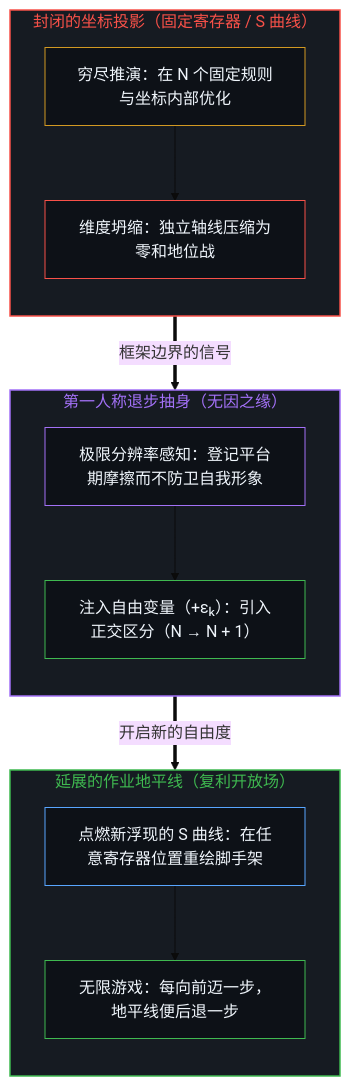
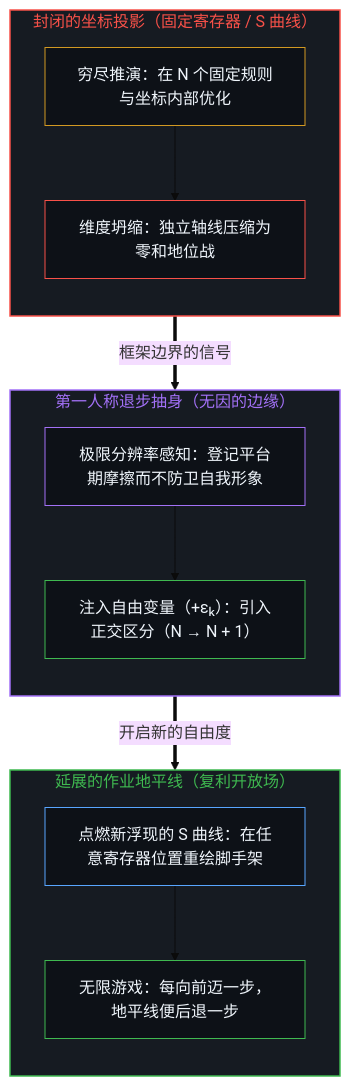
One commit to powerpig99/not-a-toe changed the first of 2 diagrams in content/posts/the-extendable-horizon.md. Above: the diagram before and after it, drawn with Mermaid (base theme). The commit also changed other lines of this file and 13 other files, not shown here.

````diff
--- a/content/posts/the-extendable-horizon.md
+++ b/content/posts/the-extendable-horizon.md
@@ -93,32 +93,32 @@
 ```mermaid
 flowchart TD
     subgraph S_Closed["封闭的坐标投影（固定寄存器 / S 曲线）"]
         direction TB
         Deduct["穷尽推演：在 N 个固定规则与坐标内部优化"]
         Collapse["维度坍缩：独立轴线压缩为零和地位战"]
         Deduct --> Collapse
     end
-    subgraph S_Pivot["第一人称退步抽身（无因之缘）"]
+    subgraph S_Pivot["第一人称退步抽身（无因的边缘）"]
         direction TB
         Sense["极限分辨率感知：登记平台期摩擦而不防卫自我形象"]
         Inject["注入自由变量（+εₖ）：引入正交区分（N → N + 1）"]
         Sense --> Inject
     end
     subgraph S_Open["延展的作业地平线（复利开放场）"]
         direction TB
         NewCurve["点燃新浮现的 S 曲线：在任意寄存器位置重绘脚手架"]
         Infinite["无限游戏：每向前迈一步，地平线便后退一步"]
         NewCurve --> Infinite
     end
     Collapse ==>|"框架边界的信号"| Sense
     Inject ==>|"开启新的自由度"| NewCurve
     style S_Closed fill:#161b22,stroke:#f85149,stroke-width:1.5px,color:#f85149
     style S_Pivot fill:#161b22,stroke:#a371f7,stroke-width:1.5px,color:#a371f7
     style S_Open fill:#161b22,stroke:#3fb950,stroke-width:1.5px,color:#3fb950
     style Deduct fill:#0d1117,stroke:#d29922,stroke-width:1px,color:#f0f6fc
     style Collapse fill:#0d1117,stroke:#f85149,stroke-width:1px,color:#f0f6fc
     style Sense fill:#0d1117,stroke:#a371f7,stroke-width:1px,color:#f0f6fc
     style Inject fill:#0d1117,stroke:#3fb950,stroke-width:1px,color:#f0f6fc
     style NewCurve fill:#0d1117,stroke:#58a6ff,stroke-width:1px,color:#f0f6fc
     style Infinite fill:#0d1117,stroke:#3fb950,stroke-width:1px,color:#f0f6fc
 ```
````
